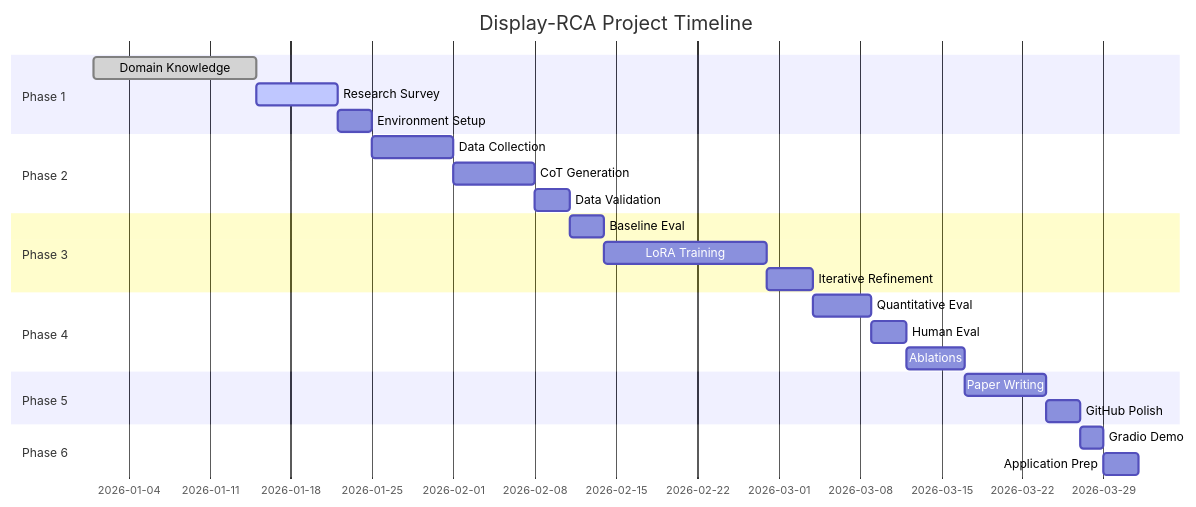
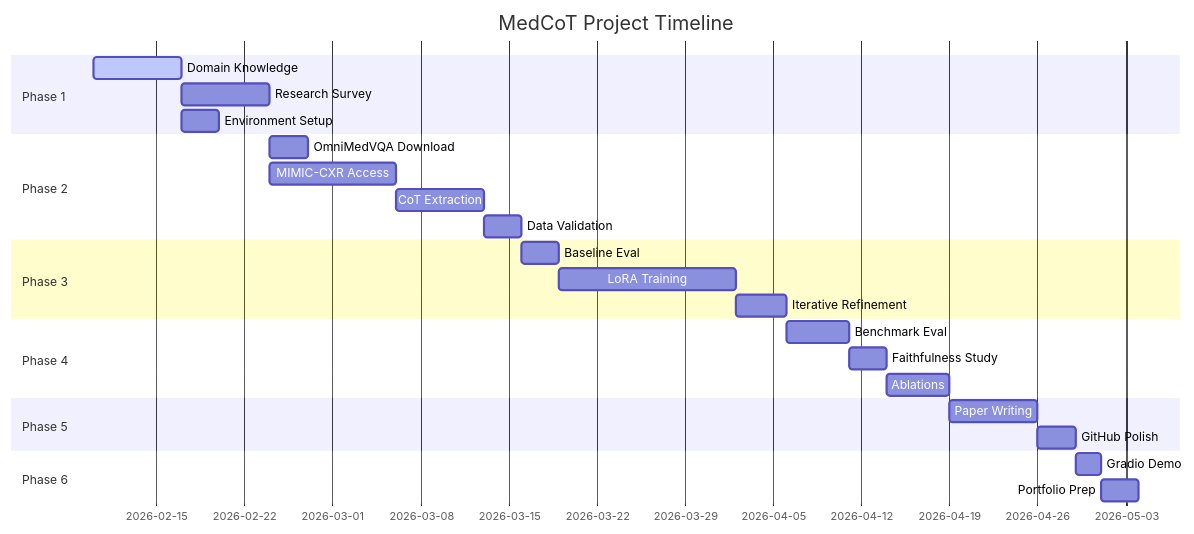
The third of 3 diagrams in PROJECT_PLAN.md (Shengan01/Visual-Chain-of-Thought), drawn with Mermaid before and after one commit. The commit also changed other lines of this file and 7 other files, not shown here.

````diff
--- a/PROJECT_PLAN.md
+++ b/PROJECT_PLAN.md
@@ -474,33 +513,34 @@
 ```mermaid
 gantt
-    title Display-RCA Project Timeline
+    title MedCoT Project Timeline
     dateFormat  YYYY-MM-DD
     
     section Phase 1
-    Domain Knowledge    :done,    p1a, 2026-01-01, 14d
-    Research Survey     :active,  p1b, 2026-01-15, 7d
-    Environment Setup   :         p1c, after p1b, 3d
+    Domain Knowledge    :active,  p1a, 2026-02-10, 7d
+    Research Survey     :         p1b, after p1a, 7d
+    Environment Setup   :         p1c, after p1a, 3d
     
     section Phase 2
-    Data Collection     :         p2a, after p1c, 7d
-    CoT Generation      :         p2b, after p2a, 7d
-    Data Validation     :         p2c, after p2b, 3d
+    OmniMedVQA Download :         p2a, after p1b, 3d
+    MIMIC-CXR Access    :         p2b, after p1b, 10d
+    CoT Extraction      :         p2c, after p2b, 7d
+    Data Validation     :         p2d, after p2c, 3d
     
     section Phase 3
-    Baseline Eval       :         p3a, after p2c, 3d
+    Baseline Eval       :         p3a, after p2d, 3d
     LoRA Training       :         p3b, after p3a, 14d
     Iterative Refinement:         p3c, after p3b, 4d
     
     section Phase 4
-    Quantitative Eval   :         p4a, after p3c, 5d
-    Human Eval          :         p4b, after p4a, 3d
+    Benchmark Eval      :         p4a, after p3c, 5d
+    Faithfulness Study  :         p4b, after p4a, 3d
     Ablations           :         p4c, after p4b, 5d
     
     section Phase 5
     Paper Writing       :         p5a, after p4c, 7d
     GitHub Polish       :         p5b, after p5a, 3d
     
     section Phase 6
     Gradio Demo         :         p6a, after p5b, 2d
-    Application Prep    :         p6b, after p6a, 3d
+    Portfolio Prep      :         p6b, after p6a, 3d
 ```
````
